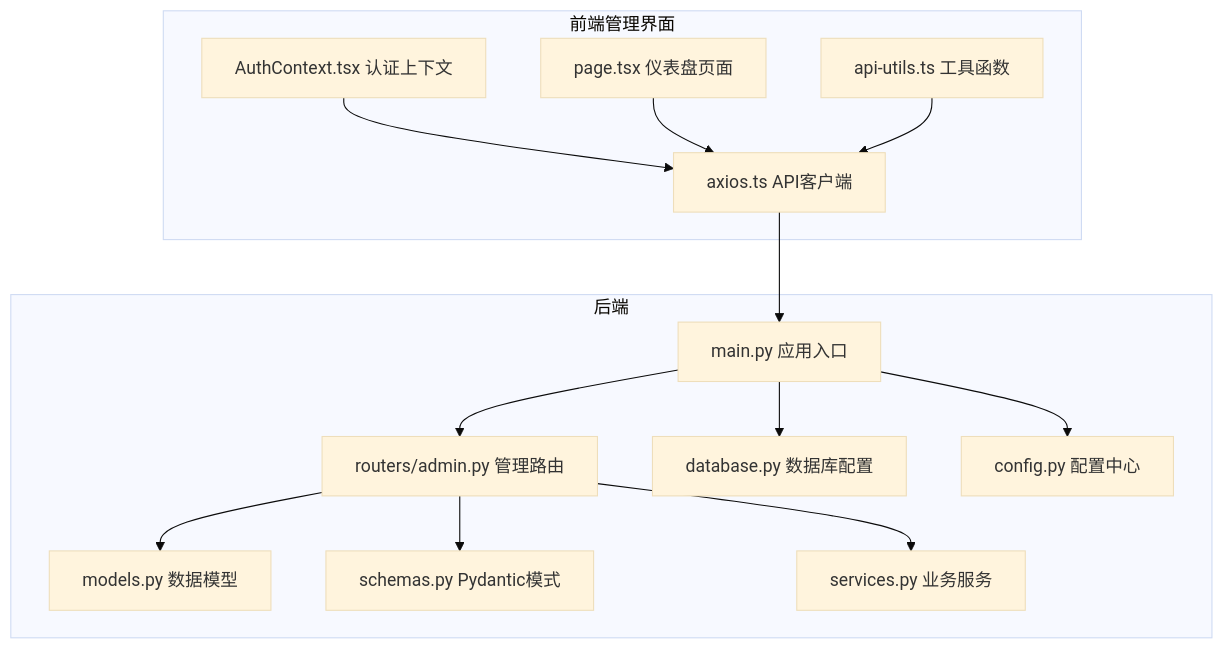
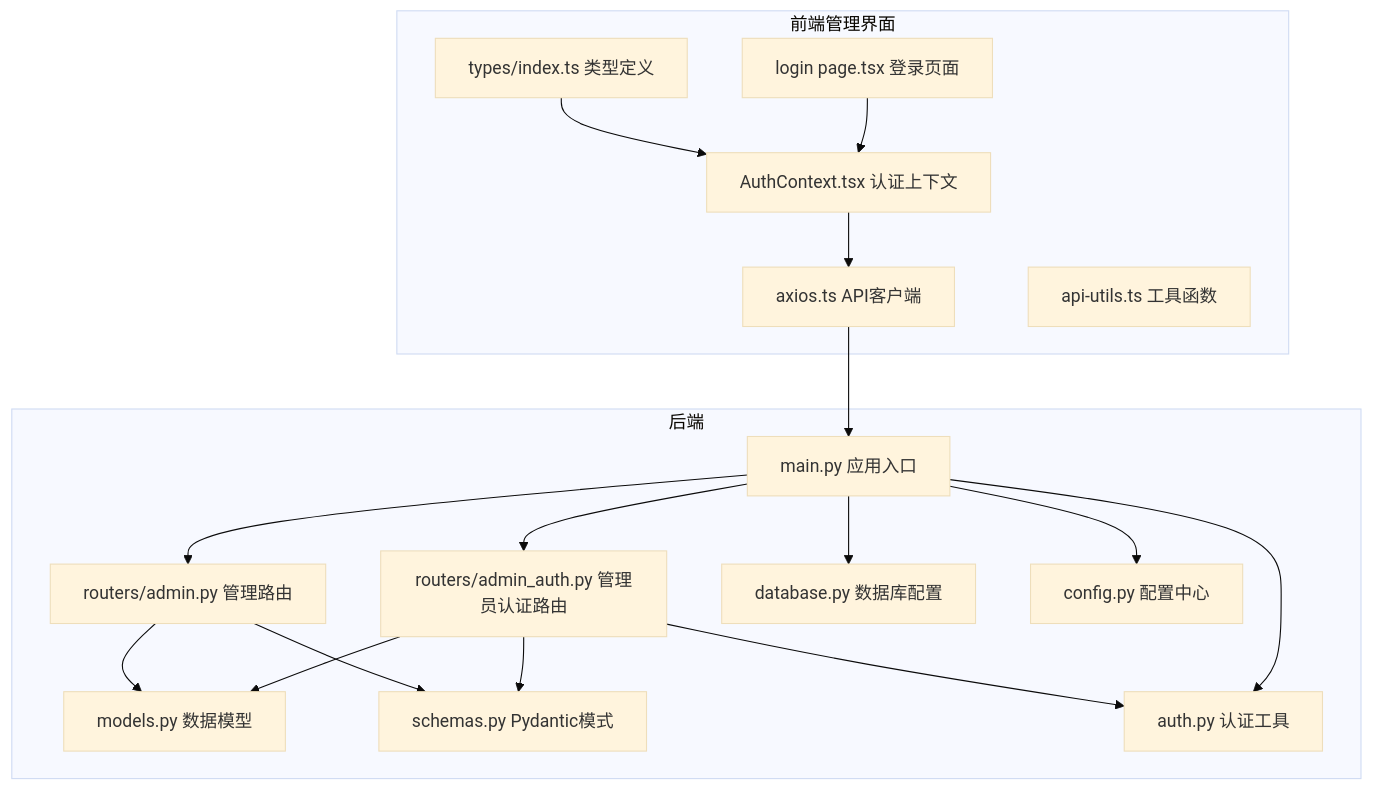
The first of 8 diagrams in .qoder/repowiki/zh/content/后端开发指南/API路由系统/管理员管理API.md (KunLabAI/KunFlix), drawn with Mermaid (base theme) before and after one commit. The commit also changed other lines of this file and 4 other files, not shown here.

````diff
--- a/.qoder/repowiki/zh/content/后端开发指南/API路由系统/管理员管理API.md
+++ b/.qoder/repowiki/zh/content/后端开发指南/API路由系统/管理员管理API.md
@@ -43,28 +54,34 @@
 ```mermaid
 graph TB
 subgraph "后端"
 A[main.py 应用入口]
-B[routers/admin.py 管理路由]
-C[models.py 数据模型]
-D[schemas.py Pydantic模式]
-E[services.py 业务服务]
-F[database.py 数据库配置]
-G[config.py 配置中心]
+B[routers/admin_auth.py 管理员认证路由]
+C[routers/admin.py 管理路由]
+D[models.py 数据模型]
+E[schemas.py Pydantic模式]
+F[auth.py 认证工具]
+G[database.py 数据库配置]
+H[config.py 配置中心]
 end
 subgraph "前端管理界面"
-H[AuthContext.tsx 认证上下文]
-I[axios.ts API客户端]
-J[api-utils.ts 工具函数]
-K[page.tsx 仪表盘页面]
+I[AuthContext.tsx 认证上下文]
+J[axios.ts API客户端]
+K[api-utils.ts 工具函数]
+L[login page.tsx 登录页面]
+M[types/index.ts 类型定义]
 end
 A --> B
+A --> C
 A --> F
 A --> G
-B --> C
+A --> H
 B --> D
 B --> E
-H --> I
-I --> A
-K --> I
-J --> I
+B --> F
+C --> D
+C --> E
+I --> J
+J --> A
+L --> I
+M --> I
 ```
````
